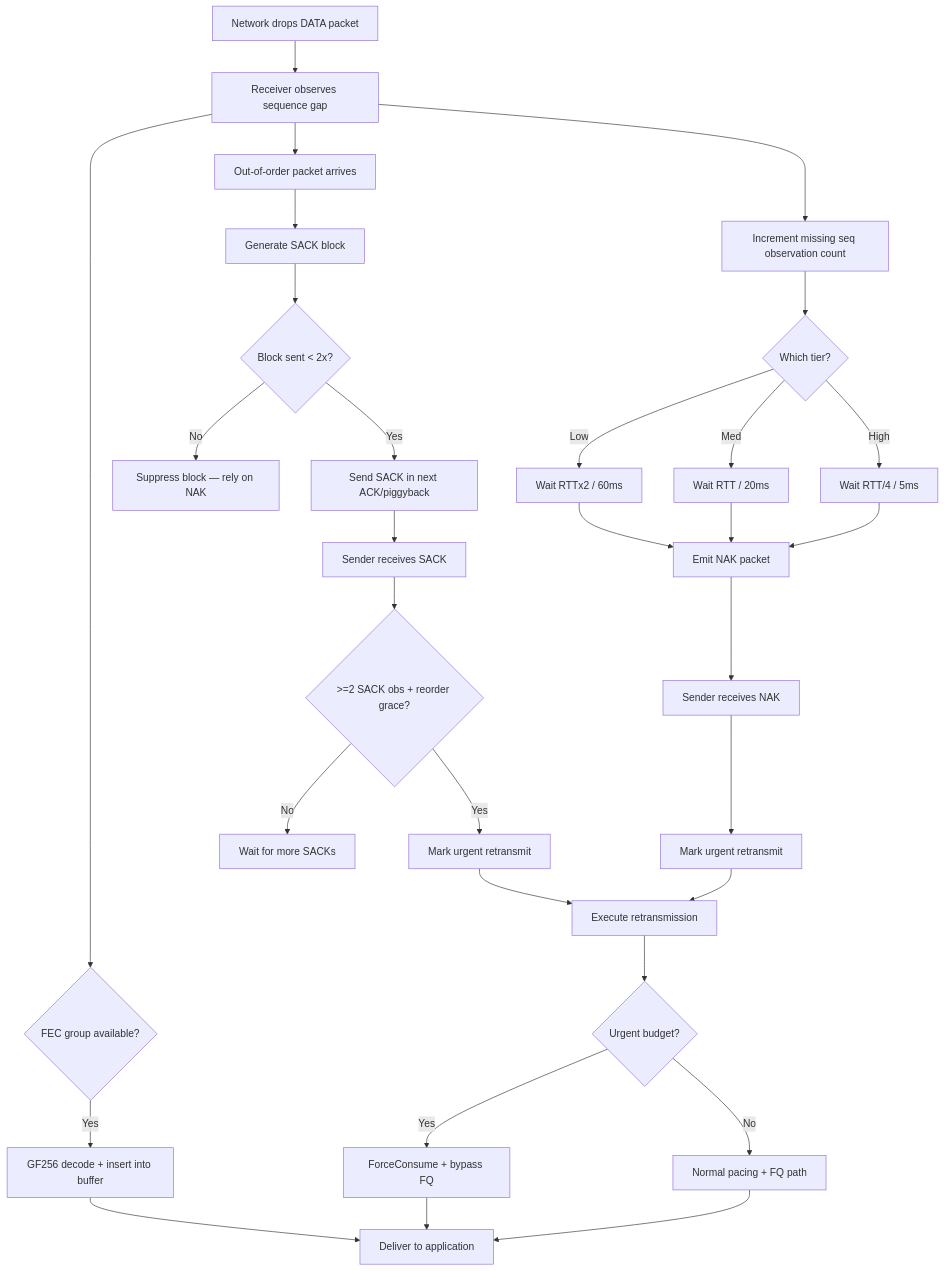
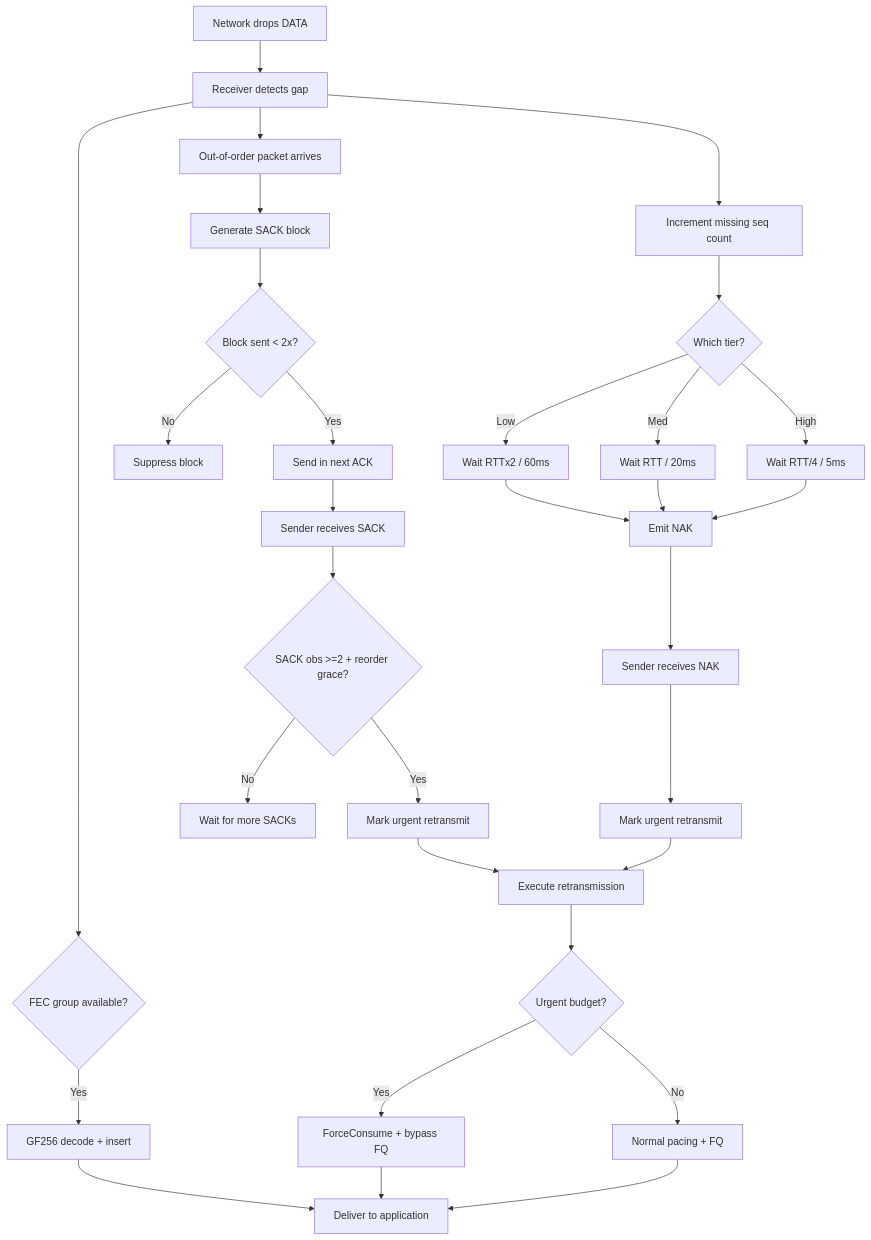
Before and after one commit to liulilittle/ucp: the fourth of 4 diagrams in docs/performance.md, drawn with Mermaid. The commit also changed other lines of this file and 43 other files, not shown here.

````diff
--- a/docs/performance.md
+++ b/docs/performance.md
@@ -156,41 +161,41 @@
 ```mermaid
 flowchart TD
-    Drop[Network drops DATA packet] --> Gap[Receiver observes sequence gap]
-
-    Gap --> OutOfOrder[Out-of-order packet arrives]
-    OutOfOrder --> SackGen[Generate SACK block]
-    SackGen --> SackLimit{Block sent < 2x?}
-    SackLimit -->|Yes| SackSend[Send SACK in next ACK/piggyback]
-    SackLimit -->|No| SackSuppress[Suppress block — rely on NAK]
-
-    SackSend --> SackRecv[Sender receives SACK]
-    SackRecv --> SackEval{>=2 SACK obs + reorder grace?}
-    SackEval -->|Yes| SackRepair[Mark urgent retransmit]
-    SackEval -->|No| SackWait[Wait for more SACKs]
-
-    Gap --> ObsCount[Increment missing seq observation count]
-    ObsCount --> NakTier{Which tier?}
-    NakTier -->|Low| NakGuard1[Wait RTTx2 / 60ms]
-    NakTier -->|Med| NakGuard2[Wait RTT / 20ms]
-    NakTier -->|High| NakGuard3[Wait RTT/4 / 5ms]
-    NakGuard1 --> NakEmit[Emit NAK packet]
+    Drop["Network drops DATA"] --> Gap["Receiver detects gap"]
+    
+    Gap --> OutOfOrder["Out-of-order packet arrives"]
+    OutOfOrder --> SackGen["Generate SACK block"]
+    SackGen --> SackLimit{"Block sent < 2x?"}
+    SackLimit -->|"Yes"| SackSend["Send in next ACK"]
+    SackLimit -->|"No"| SackSuppress["Suppress block"]
+    
+    SackSend --> SackRecv["Sender receives SACK"]
+    SackRecv --> SackEval{"SACK obs >=2 + reorder grace?"}
+    SackEval -->|"Yes"| SackRepair["Mark urgent retransmit"]
+    SackEval -->|"No"| SackWait["Wait for more SACKs"]
+    
+    Gap --> ObsCount["Increment missing seq count"]
+    ObsCount --> NakTier{"Which tier?"}
+    NakTier -->|"Low"| NakGuard1["Wait RTTx2 / 60ms"]
+    NakTier -->|"Med"| NakGuard2["Wait RTT / 20ms"]
+    NakTier -->|"High"| NakGuard3["Wait RTT/4 / 5ms"]
+    NakGuard1 --> NakEmit["Emit NAK"]
     NakGuard2 --> NakEmit
     NakGuard3 --> NakEmit
-
-    NakEmit --> NakRecv[Sender receives NAK]
-    NakRecv --> NakRepair[Mark urgent retransmit]
-
-    SackRepair --> Repair[Execute retransmission]
+    
+    NakEmit --> NakRecv["Sender receives NAK"]
+    NakRecv --> NakRepair["Mark urgent retransmit"]
+    
+    SackRepair --> Repair["Execute retransmission"]
     NakRepair --> Repair
-
-    Repair --> Urgent{Urgent budget?}
-    Urgent -->|Yes| ForceSend[ForceConsume + bypass FQ]
-    Urgent -->|No| NormalSend[Normal pacing + FQ path]
-
-    Gap --> FecCheck{FEC group available?}
-    FecCheck -->|Yes| FecRepair[GF256 decode + insert into buffer]
-    FecRepair --> Deliver[Deliver to application]
-
+    
+    Repair --> Urgent{"Urgent budget?"}
+    Urgent -->|"Yes"| ForceSend["ForceConsume + bypass FQ"]
+    Urgent -->|"No"| NormalSend["Normal pacing + FQ"]
+    
+    Gap --> FecCheck{"FEC group available?"}
+    FecCheck -->|"Yes"| FecRepair["GF256 decode + insert"]
+    FecRepair --> Deliver["Deliver to application"]
+    
     ForceSend --> Deliver
     NormalSend --> Deliver
 ```
````
